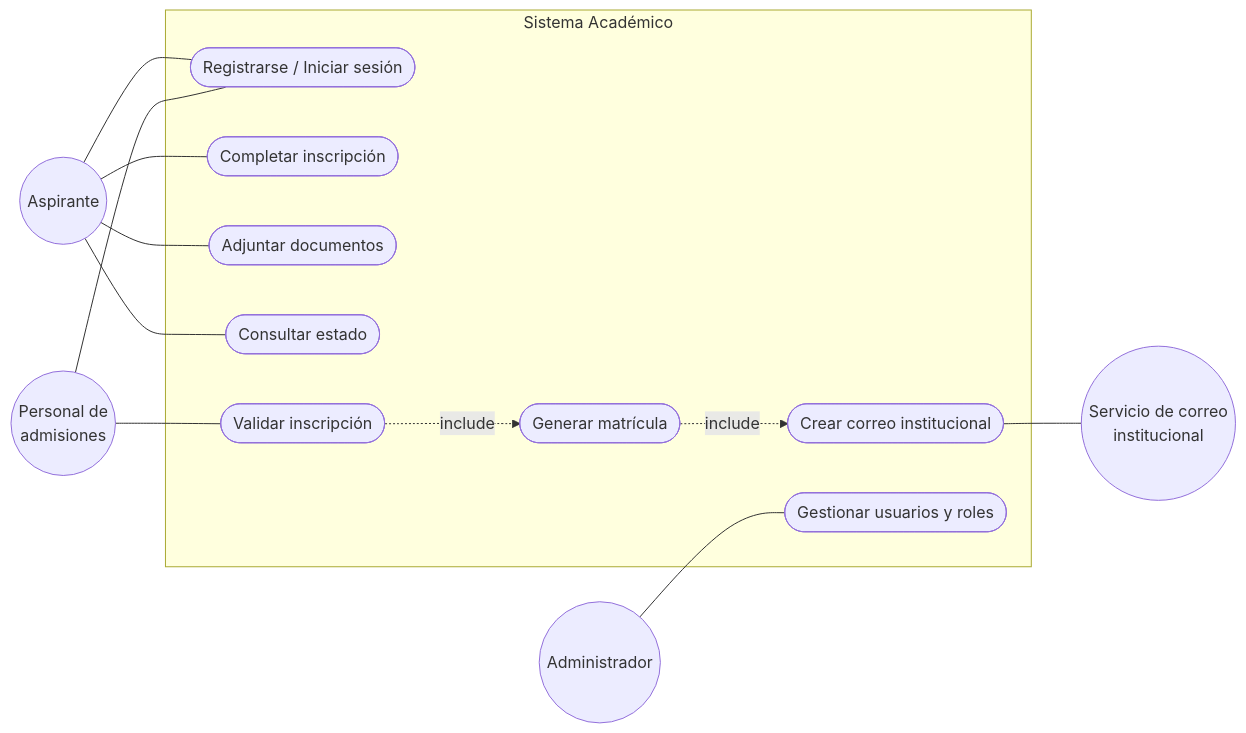
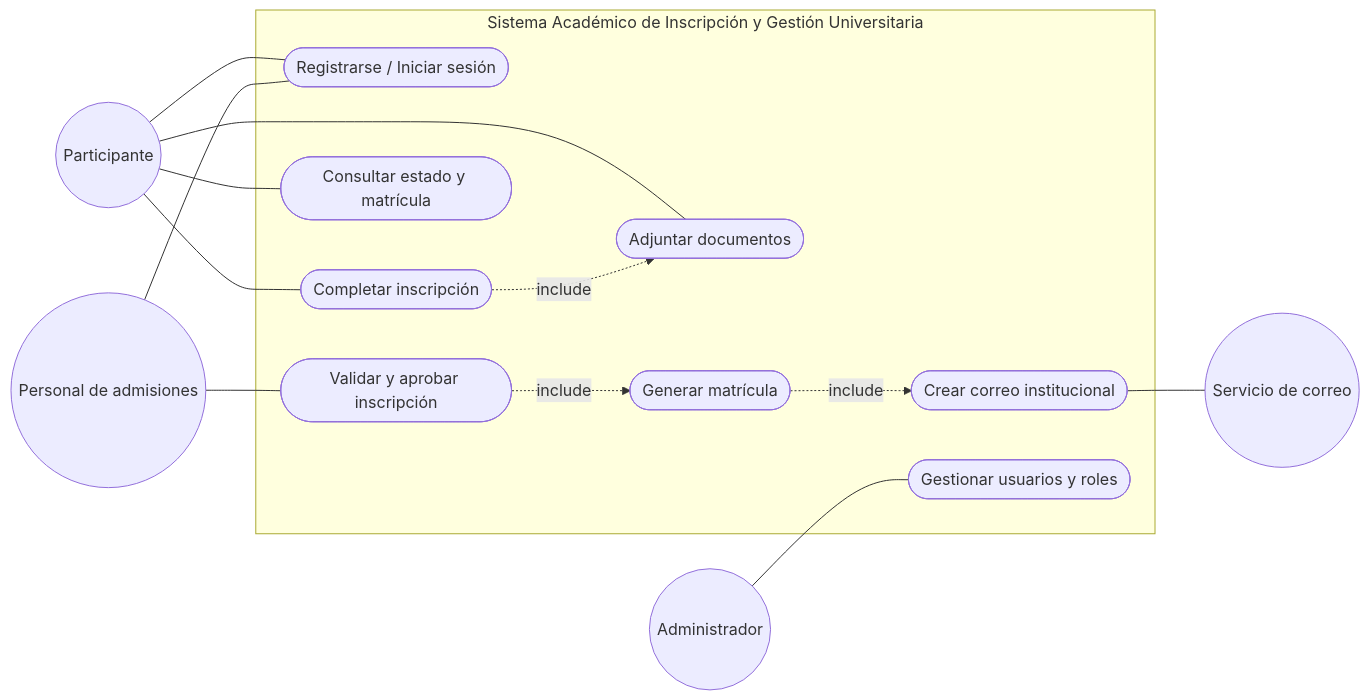
One commit to raas03/SistemaAcademico changed the first of 4 diagrams in docs/02-modelos-uml.md. Above: the diagram before and after it, drawn with Mermaid. The commit also changed other lines of this file and 2 other files, not shown here.

Commit message:
docs: alinear modelos UML, componentes y registro de cambios con las entregas

````diff
--- a/docs/02-modelos-uml.md
+++ b/docs/02-modelos-uml.md
@@ -7,29 +9,30 @@
 ```mermaid
 flowchart LR
-    A((Aspirante))
-    P((Personal de<br/>admisiones))
+    P((Participante))
+    A((Personal de admisiones))
     AD((Administrador))
-    M((Servicio de correo<br/>institucional))
+    M((Servicio de correo))
 
-    subgraph Sistema Académico
+    subgraph Sistema["Sistema Académico de Inscripción y Gestión Universitaria"]
         UC1([Registrarse / Iniciar sesión])
         UC2([Completar inscripción])
         UC3([Adjuntar documentos])
-        UC4([Consultar estado])
-        UC5([Validar inscripción])
+        UC4([Consultar estado y matrícula])
+        UC5([Validar y aprobar inscripción])
         UC6([Generar matrícula])
         UC7([Crear correo institucional])
         UC8([Gestionar usuarios y roles])
     end
 
+    P --- UC1
+    P --- UC2
+    P --- UC3
+    P --- UC4
     A --- UC1
-    A --- UC2
-    A --- UC3
-    A --- UC4
-    P --- UC1
-    P --- UC5
+    A --- UC5
     AD --- UC8
+    UC2 -. include .-> UC3
     UC5 -. include .-> UC6
     UC6 -. include .-> UC7
     UC7 --- M
 ```
````
